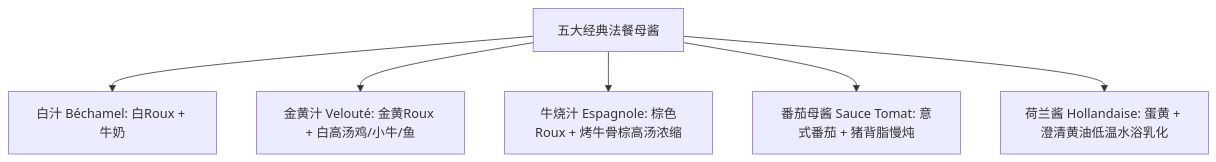
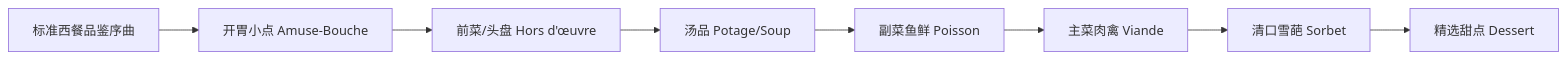
Before and after one commit to BugMaker123/gourmet-master: the diagram in references/03_western_cuisine.md, drawn with Mermaid. The commit also changed other lines of this file and 6 other files, not shown here.

````diff
--- a/references/03_western_cuisine.md
+++ b/references/03_western_cuisine.md
@@ -43,8 +9,10 @@
 ```mermaid
-flowchart TD
-    A[五大经典法餐母酱] --> B[白汁 Béchamel: 白Roux + 牛奶]
-    A --> C[金黄汁 Velouté: 金黄Roux + 白高汤鸡/小牛/鱼]
-    A --> D[牛烧汁 Espagnole: 棕色Roux + 烤牛骨棕高汤浓缩]
-    A --> E[番茄母酱 Sauce Tomat: 意式番茄 + 猪背脂慢炖]
-    A --> F[荷兰酱 Hollandaise: 蛋黄 + 澄清黄油低温水浴乳化]
+flowchart LR
+    A[标准西餐品鉴序曲] --> B[开胃小点 Amuse-Bouche]
+    B --> C[前菜/头盘 Hors d'œuvre]
+    C --> D[汤品 Potage/Soup]
+    D --> E[副菜鱼鲜 Poisson]
+    E --> F[主菜肉禽 Viande]
+    F --> G[清口雪葩 Sorbet]
+    G --> H[精选甜点 Dessert]
 ```
````
